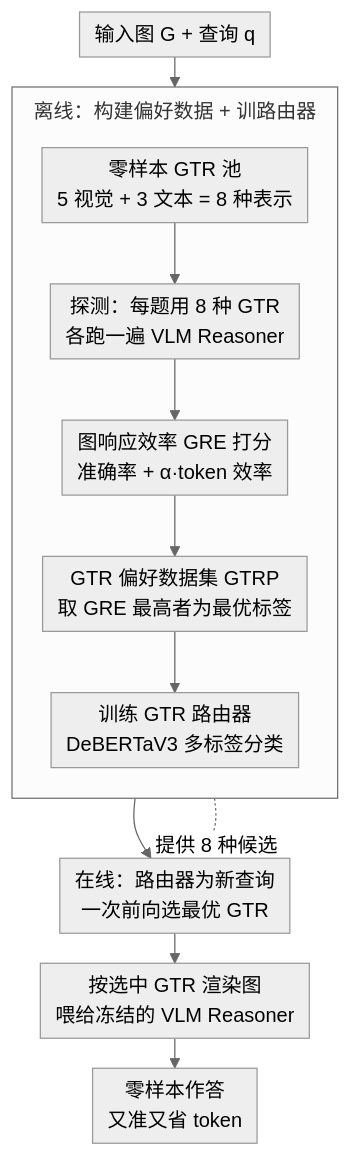
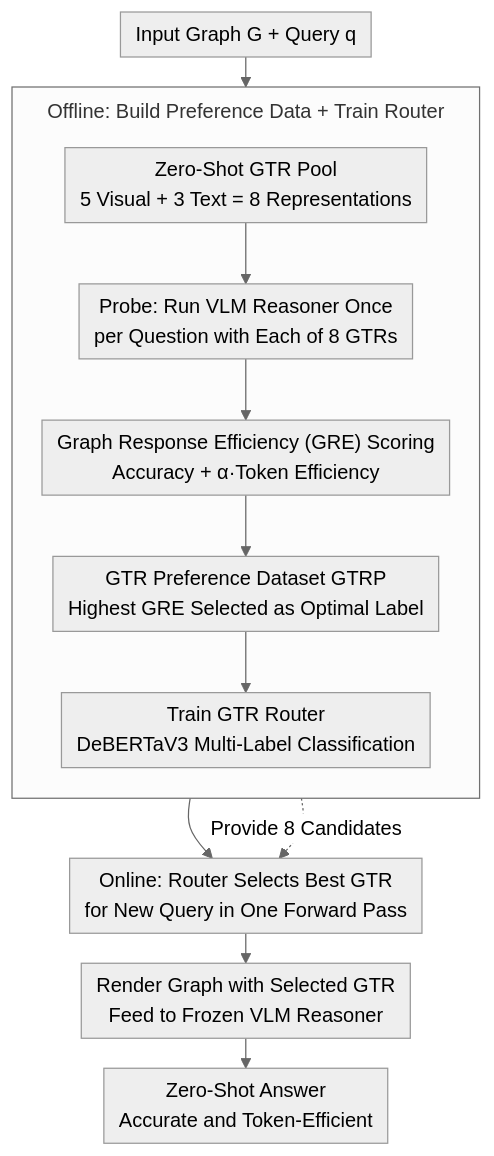
Before and after one commit to zhaoyang97/Paper-Notes-en: the diagram in docs/CVPR2026/multimodal_vlm/dynamicgtr_leveraging_graph_topology_representation_preferences_to_boost_vlm_cap.md, drawn with Mermaid (neutral theme). The commit also changed 644 other files, not shown here.

````diff
--- a/docs/CVPR2026/multimodal_vlm/dynamicgtr_leveraging_graph_topology_representation_preferences_to_boost_vlm_cap.md
+++ b/docs/CVPR2026/multimodal_vlm/dynamicgtr_leveraging_graph_topology_representation_preferences_to_boost_vlm_cap.md
@@ -50,16 +50,16 @@
 ```mermaid
 %%{init: {'flowchart': {'rankSpacing': 24, 'nodeSpacing': 28, 'padding': 6, 'wrappingWidth': 400, 'subGraphTitleMargin': {'top': 8, 'bottom': 16}}}}%%
 flowchart TD
-    G["输入图 G + 查询 q"] --> POOL["零样本 GTR 池<br/>5 视觉 + 3 文本 = 8 种表示"]
-    subgraph OFF["离线：构建偏好数据 + 训路由器"]
+    G["Input Graph G + Query q"] --> POOL["Zero-Shot GTR Pool<br/>5 Visual + 3 Text = 8 Representations"]
+    subgraph OFF["Offline: Build Preference Data + Train Router"]
         direction TB
-        POOL --> PROBE["探测：每题用 8 种 GTR<br/>各跑一遍 VLM Reasoner"]
-        PROBE --> GRE["图响应效率 GRE 打分<br/>准确率 + α·token 效率"]
-        GRE --> GTRP["GTR 偏好数据集 GTRP<br/>取 GRE 最高者为最优标签"]
-        GTRP --> ROUTER["训练 GTR 路由器<br/>DeBERTaV3 多标签分类"]
+        POOL --> PROBE["Probe: Run VLM Reasoner Once<br/>per Question with Each of 8 GTRs"]
+        PROBE --> GRE["Graph Response Efficiency (GRE) Scoring<br/>Accuracy + α·Token Efficiency"]
+        GRE --> GTRP["GTR Preference Dataset GTRP<br/>Highest GRE Selected as Optimal Label"]
+        GTRP --> ROUTER["Train GTR Router<br/>DeBERTaV3 Multi-Label Classification"]
     end
-    ROUTER --> INFER["在线：路由器为新查询<br/>一次前向选最优 GTR"]
-    POOL -.提供 8 种候选.-> INFER
-    INFER --> RENDER["按选中 GTR 渲染图<br/>喂给冻结的 VLM Reasoner"]
-    RENDER --> ANS["零样本作答<br/>又准又省 token"]
+    ROUTER --> INFER["Online: Router Selects Best GTR<br/>for New Query in One Forward Pass"]
+    POOL -.Provide 8 Candidates.-> INFER
+    INFER --> RENDER["Render Graph with Selected GTR<br/>Feed to Frozen VLM Reasoner"]
+    RENDER --> ANS["Zero-Shot Answer<br/>Accurate and Token-Efficient"]
 ```
````
